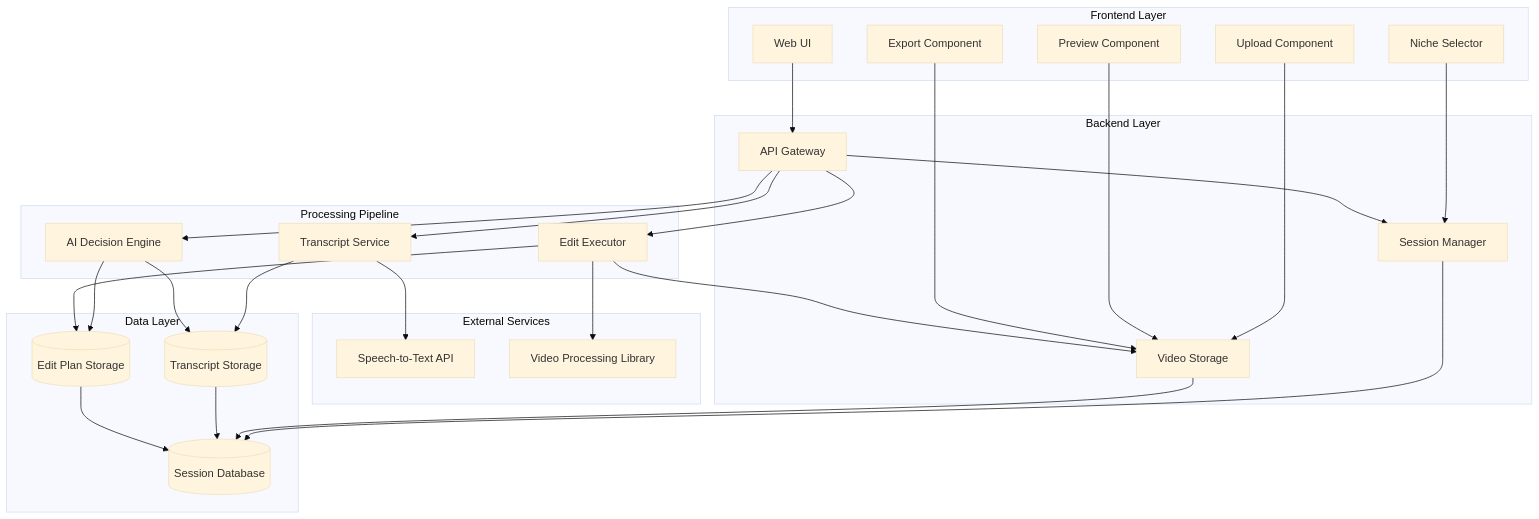
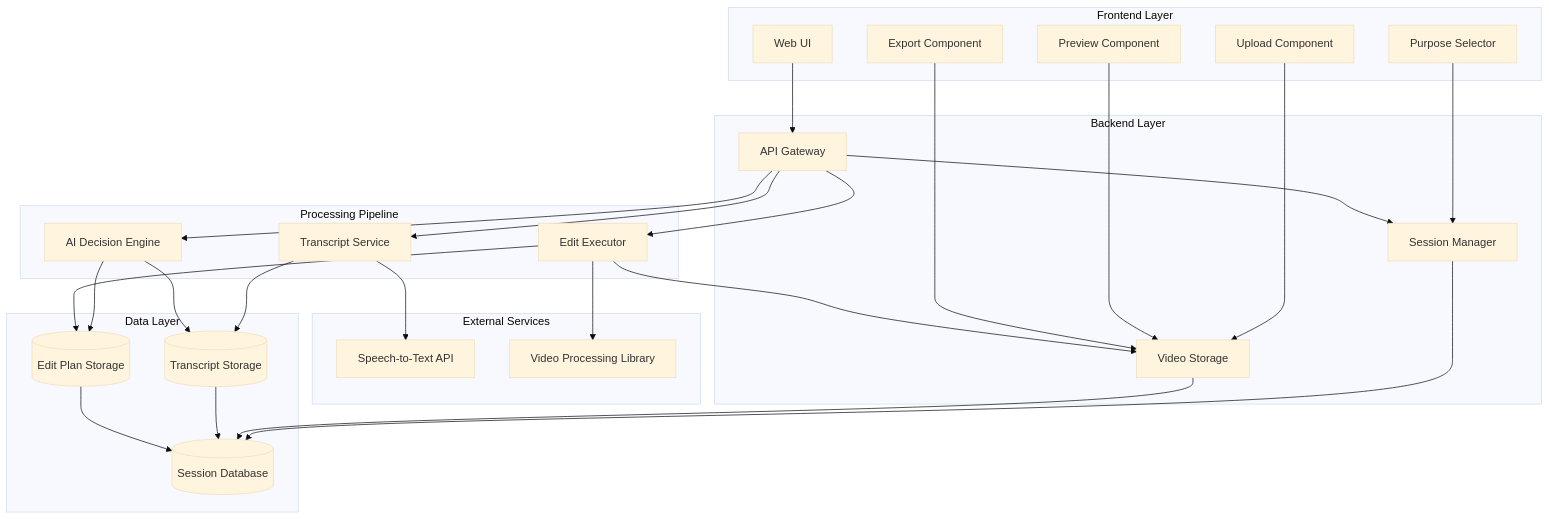
Before and after one commit to student-monika54/Edora: the diagram in .kiro/specs/edora-video-editing-agent/design.md, drawn with Mermaid (base theme). The commit also changed other lines of this file and 1 other file, not shown here.

Commit message:
Update EDORA spec: shift to purpose-aware editing for first-time creators

````diff
--- a/.kiro/specs/edora-video-editing-agent/design.md
+++ b/.kiro/specs/edora-video-editing-agent/design.md
@@ -11,57 +11,57 @@
 ```mermaid
 graph TB
     subgraph "Frontend Layer"
         UI[Web UI]
         Upload[Upload Component]
-        NicheSelector[Niche Selector]
+        PurposeSelector[Purpose Selector]
         Preview[Preview Component]
         Export[Export Component]
     end
     
     subgraph "Backend Layer"
         API[API Gateway]
         SessionMgr[Session Manager]
         VideoStore[Video Storage]
     end
     
     subgraph "Processing Pipeline"
         TranscriptSvc[Transcript Service]
         AIEngine[AI Decision Engine]
         EditExec[Edit Executor]
     end
     
     subgraph "External Services"
         STT[Speech-to-Text API]
         VideoProc[Video Processing Library]
     end
     
     subgraph "Data Layer"
         SessionDB[(Session Database)]
         TranscriptStore[(Transcript Storage)]
         EditPlanStore[(Edit Plan Storage)]
     end
     
     UI --> API
     Upload --> VideoStore
-    NicheSelector --> SessionMgr
+    PurposeSelector --> SessionMgr
     Preview --> VideoStore
     Export --> VideoStore
     
     API --> SessionMgr
     API --> TranscriptSvc
     API --> AIEngine
     API --> EditExec
     
     SessionMgr --> SessionDB
     TranscriptSvc --> STT
     TranscriptSvc --> TranscriptStore
     AIEngine --> TranscriptStore
     AIEngine --> EditPlanStore
     EditExec --> EditPlanStore
     EditExec --> VideoProc
     EditExec --> VideoStore
     
     VideoStore --> SessionDB
     TranscriptStore --> SessionDB
     EditPlanStore --> SessionDB
 ```
````
